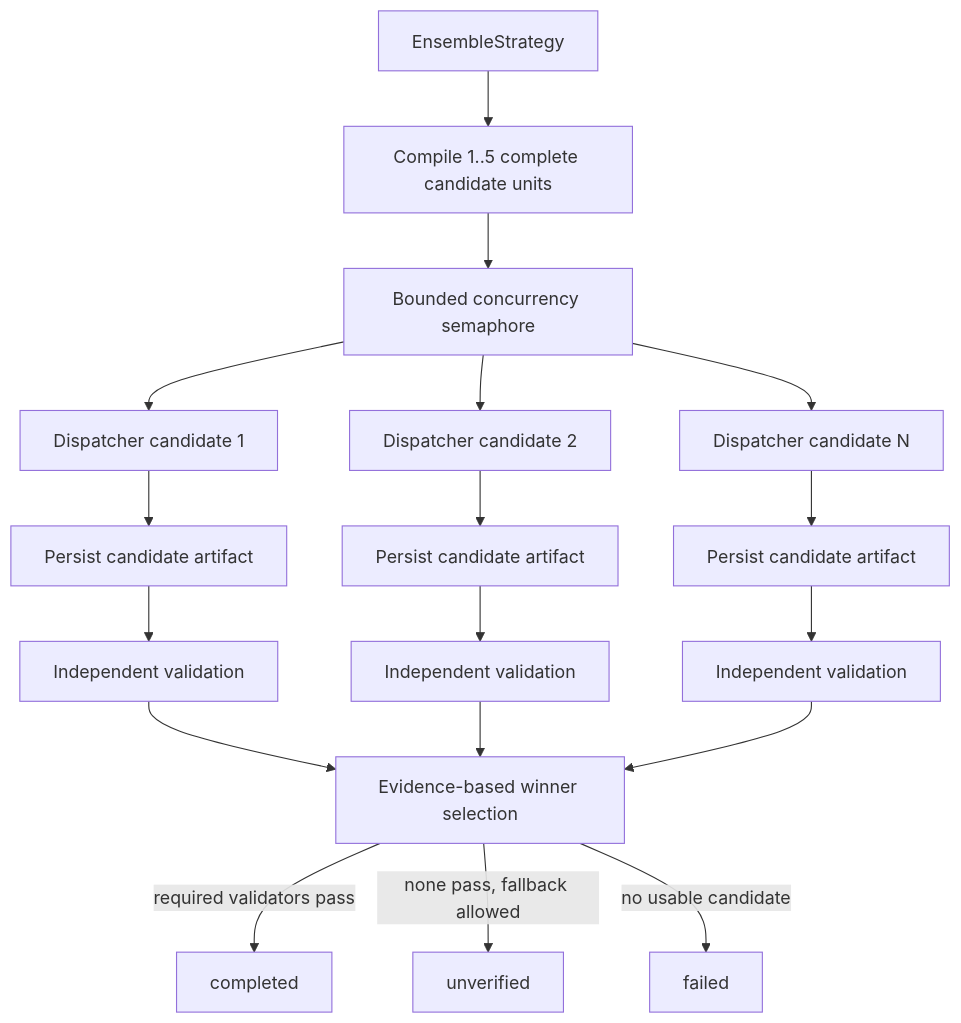
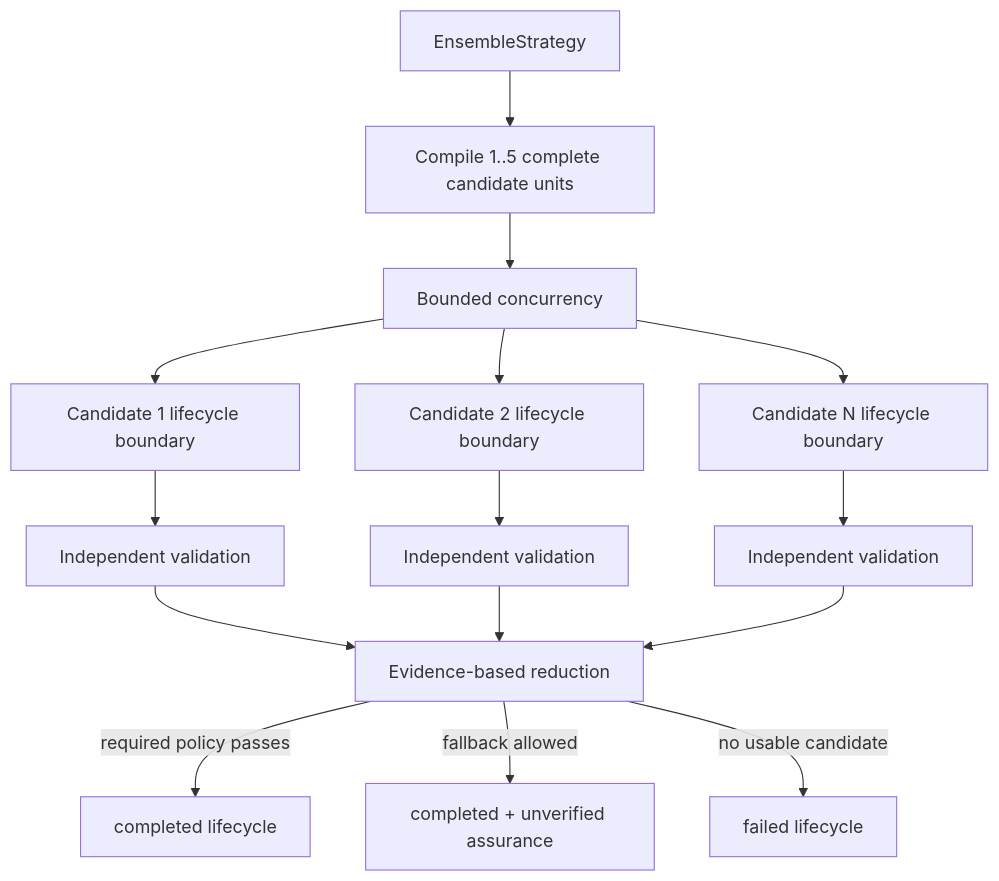
The fourth of 9 diagrams in docs/ARCHITECTURE.md (Jwrightsman/distributed-orchestrator), drawn with Mermaid before and after one commit. The commit also changed other lines of this file and 10 other files, not shown here.

````diff
--- a/docs/ARCHITECTURE.md
+++ b/docs/ARCHITECTURE.md
@@ -55,20 +96,17 @@
 ```mermaid
 flowchart TD
     E[EnsembleStrategy] --> C[Compile 1..5 complete candidate units]
-    C --> B[Bounded concurrency semaphore]
-    B --> X1[Dispatcher candidate 1]
-    B --> X2[Dispatcher candidate 2]
-    B --> XN[Dispatcher candidate N]
-    X1 --> A1[Persist candidate artifact]
-    X2 --> A2[Persist candidate artifact]
-    XN --> AN[Persist candidate artifact]
-    A1 --> V1[Independent validation]
-    A2 --> V2[Independent validation]
-    AN --> VN[Independent validation]
-    V1 --> W[Evidence-based winner selection]
+    C --> B[Bounded concurrency]
+    B --> X1[Candidate 1 lifecycle boundary]
+    B --> X2[Candidate 2 lifecycle boundary]
+    B --> XN[Candidate N lifecycle boundary]
+    X1 --> V1[Independent validation]
+    X2 --> V2[Independent validation]
+    XN --> VN[Independent validation]
+    V1 --> W[Evidence-based reduction]
     V2 --> W
     VN --> W
-    W -->|required validators pass| OK[completed]
-    W -->|none pass, fallback allowed| U[unverified]
-    W -->|no usable candidate| F[failed]
+    W -->|required policy passes| OK[completed lifecycle]
+    W -->|fallback allowed| U[completed + unverified assurance]
+    W -->|no usable candidate| F[failed lifecycle]
 ```
````
